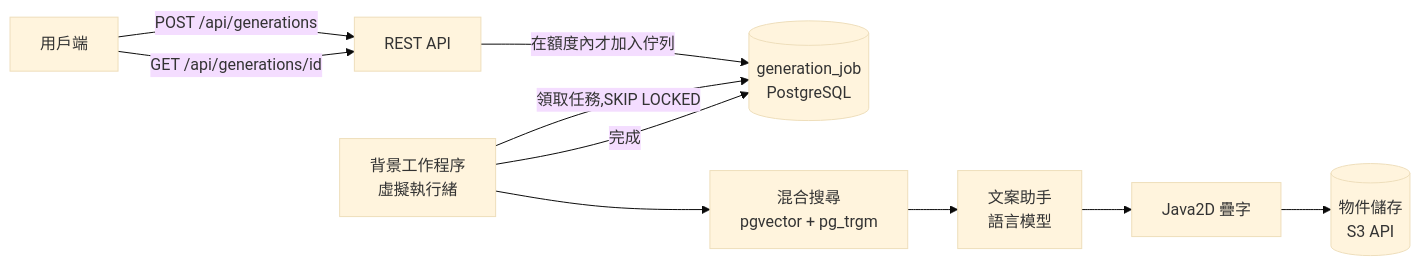
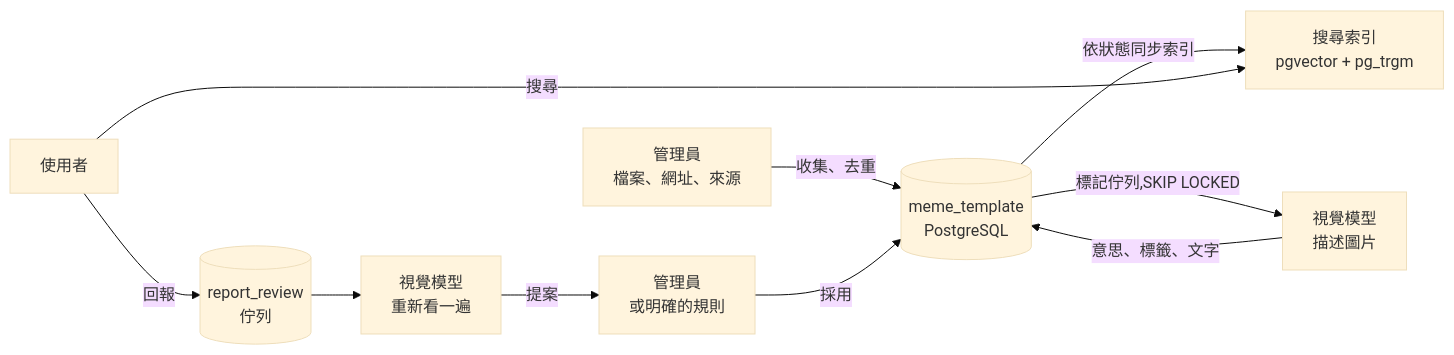
One commit to chun-wei0413/WTM changed the first of 2 diagrams in docs/technical.zh-TW.md. Above: the diagram before and after it, drawn with Mermaid (base theme). The commit also changed other lines of this file and 61 other files, not shown here.

````diff
--- a/docs/technical.zh-TW.md
+++ b/docs/technical.zh-TW.md
@@ -46,12 +32,12 @@
 ```mermaid
 flowchart LR
-    C[用戶端] -->|POST /api/generations| API[REST API]
-    API -->|在額度內才加入佇列| Q[(generation_job<br/>PostgreSQL)]
-    W[背景工作程序<br/>虛擬執行緒] -->|領取任務,SKIP LOCKED| Q
-    W --> S[混合搜尋<br/>pgvector + pg_trgm]
-    S --> A[文案助手<br/>語言模型]
-    A --> R[Java2D 疊字]
-    R --> O[(物件儲存<br/>S3 API)]
-    W -->|完成| Q
-    C -->|GET /api/generations/id| API
+    A[管理員<br/>檔案、網址、來源] -->|收集、去重| L[(meme_template<br/>PostgreSQL)]
+    L -->|標記佇列,SKIP LOCKED| V[視覺模型<br/>描述圖片]
+    V -->|意思、標籤、文字| L
+    L -->|依狀態同步索引| S[搜尋索引<br/>pgvector + pg_trgm]
+    U[使用者] -->|搜尋| S
+    U -->|回報| R[(report_review<br/>佇列)]
+    R --> V2[視覺模型<br/>重新看一遍]
+    V2 -->|提案| AD[管理員<br/>或明確的規則]
+    AD -->|採用| L
 ```
````
